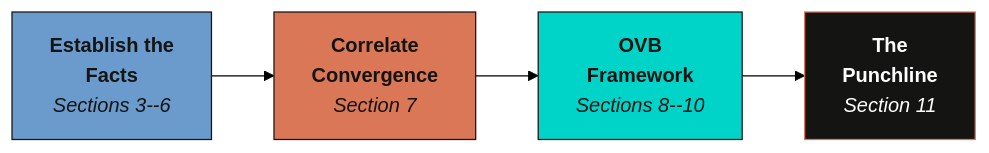
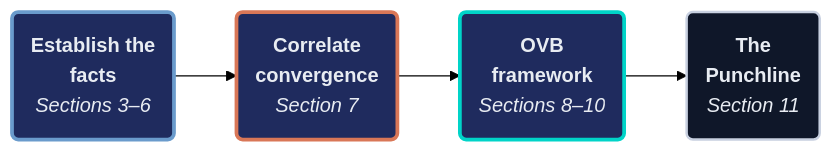
One commit to cmg777/starter-academic-v501 changed the diagram in content/post/stata_convergence2/index.md. Above: the diagram before and after it, drawn with Mermaid (forest theme). The commit also changed 13 other files, not shown here.

First line of the commit message:
content(mermaid): restyle flowcharts in Stata posts, batch 1 of 2

````diff
--- a/content/post/stata_convergence2/index.md
+++ b/content/post/stata_convergence2/index.md
@@ -85,16 +85,19 @@
 ```mermaid
 graph LR
-    A["<b>Establish the<br/>Facts</b><br/><i>Sections 3--6</i>"]
-    B["<b>Correlate<br/>Convergence</b><br/><i>Section 7</i>"]
-    C["<b>OVB<br/>Framework</b><br/><i>Sections 8--10</i>"]
-    D["<b>The<br/>Punchline</b><br/><i>Section 11</i>"]
+    A("<b>Establish the<br/>facts</b><br/><i>Sections 3–6</i>")
+    B("<b>Correlate<br/>convergence</b><br/><i>Section 7</i>")
+    C("<b>OVB<br/>framework</b><br/><i>Sections 8–10</i>")
+    D("<b>The<br/>Punchline</b><br/><i>Section 11</i>")
 
     A --> B
     B --> C
     C --> D
-
-    style A fill:#6a9bcc,stroke:#141413,color:#141413
-    style B fill:#d97757,stroke:#141413,color:#141413
-    style C fill:#00d4c8,stroke:#141413,color:#141413
-    style D fill:#141413,stroke:#d97757,color:#fff
+    classDef blue fill:#1f2b5e,stroke:#6a9bcc,stroke-width:3px,color:#e8ecf2
+    classDef orange fill:#1f2b5e,stroke:#d97757,stroke-width:3px,color:#e8ecf2
+    classDef teal fill:#1f2b5e,stroke:#00d4c8,stroke-width:3px,color:#e8ecf2
+    classDef anchor fill:#0f1729,stroke:#c8d0e0,stroke-width:2px,color:#e8ecf2
+    class A blue
+    class B orange
+    class C teal
+    class D anchor
 ```
````
